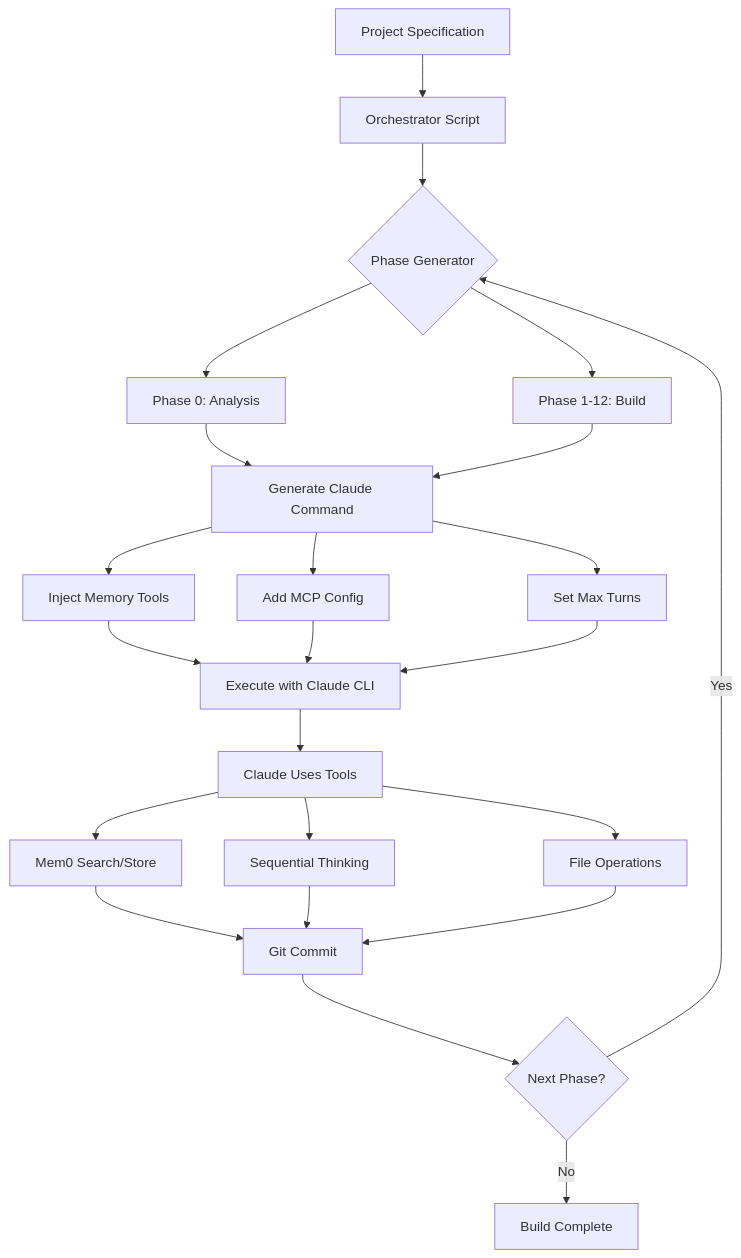
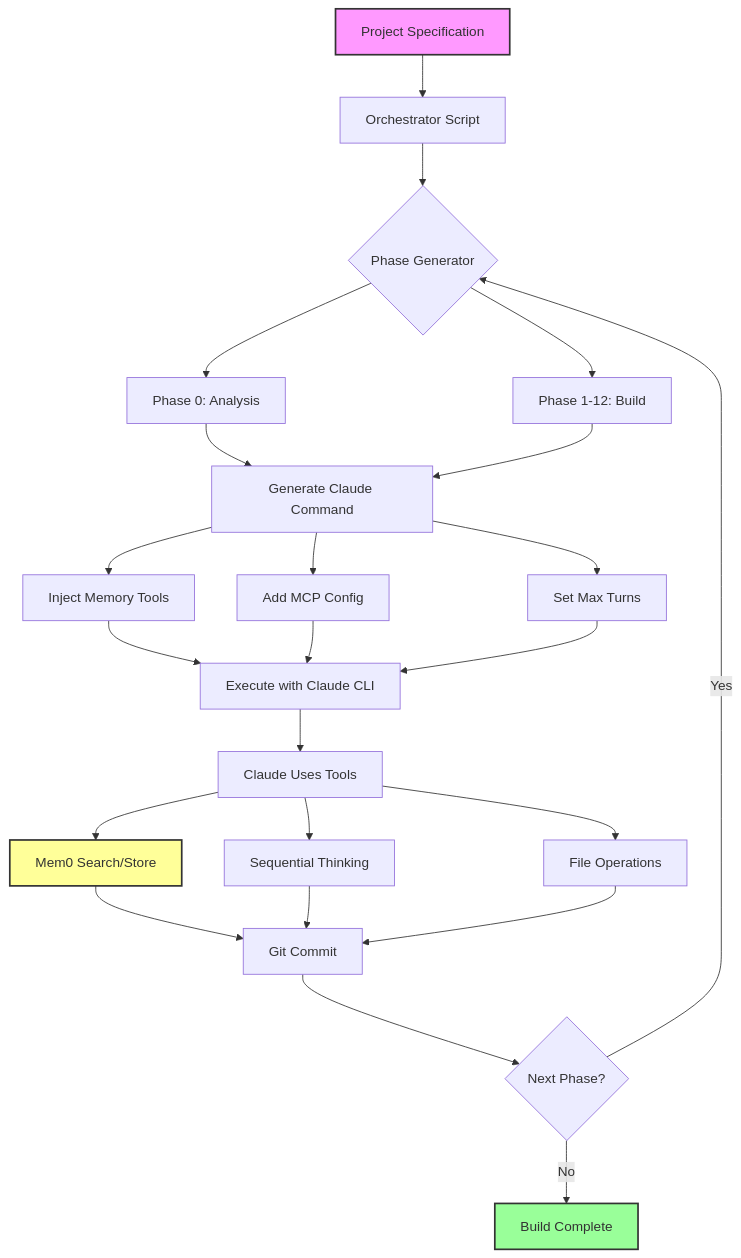
The first of 6 diagrams in README.md (krzemienski/enhanced-claude-code), drawn with Mermaid before and after one commit. The commit also changed other lines of this file, not shown here.

First line of the commit message:
fix: Update Mermaid diagrams to match working GitHub syntax

````diff
--- a/README.md
+++ b/README.md
@@ -34,31 +34,35 @@
 ```mermaid
 flowchart TD
     A[Project Specification] --> B[Orchestrator Script]
     B --> C{Phase Generator}
     C --> D[Phase 0: Analysis]
     C --> E[Phase 1-12: Build]
     
     D --> F[Generate Claude Command]
     E --> F
     
     F --> G[Inject Memory Tools]
     F --> H[Add MCP Config]
     F --> I[Set Max Turns]
     
     G --> J[Execute with Claude CLI]
     H --> J
     I --> J
     
     J --> K[Claude Uses Tools]
     K --> L[Mem0 Search/Store]
     K --> M[Sequential Thinking]
     K --> N[File Operations]
     
     L --> O[Git Commit]
     M --> O
     N --> O
     
     O --> P{Next Phase?}
     P -->|Yes| C
     P -->|No| Q[Build Complete]
+    
+    style A fill:#f9f,stroke:#333,stroke-width:2px
+    style Q fill:#9f9,stroke:#333,stroke-width:2px
+    style L fill:#ff9,stroke:#333,stroke-width:2px
 ```
````
